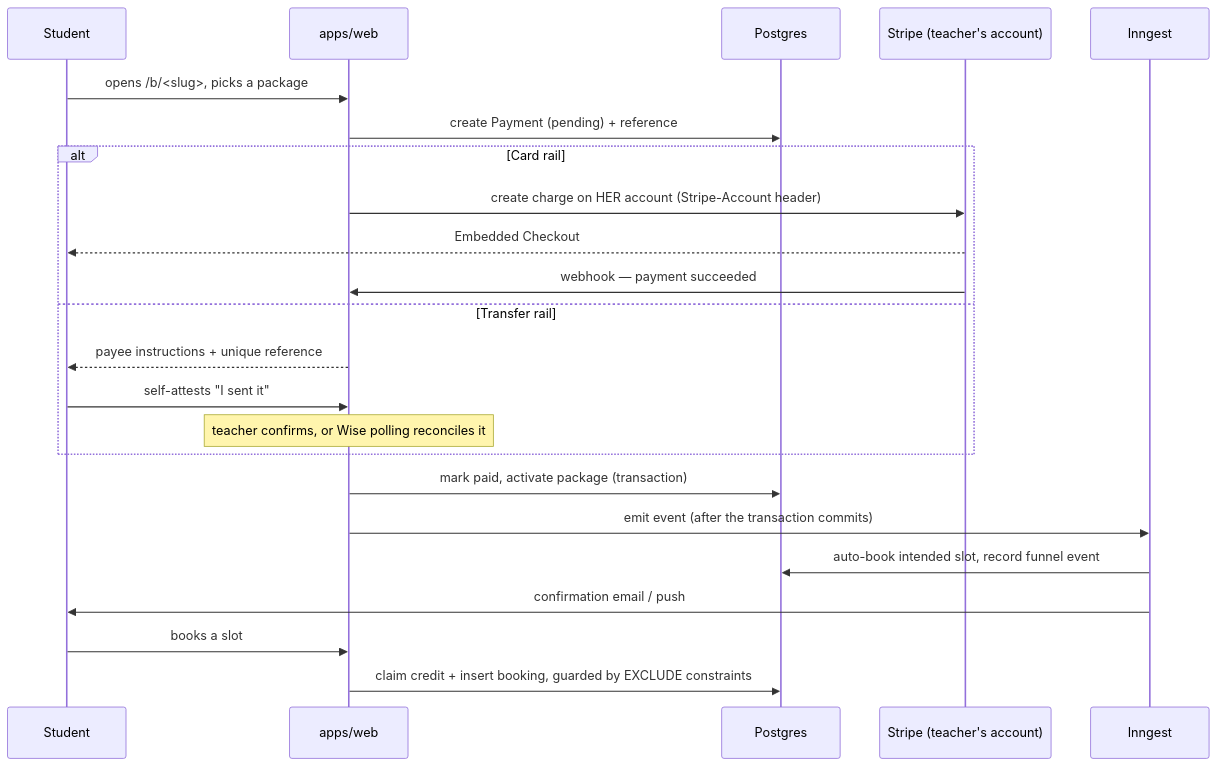
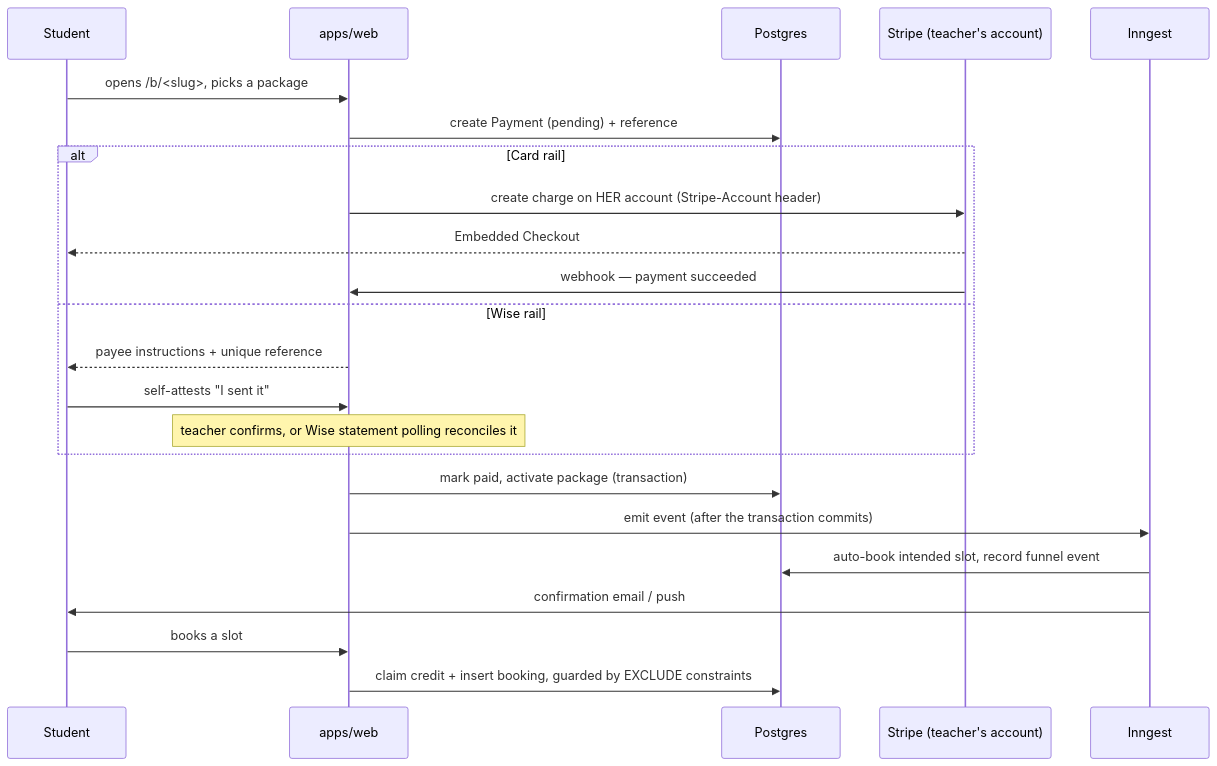
The first of 2 diagrams in docs/architecture/overview.md (jaystewartuk/spiralclass), drawn with Mermaid before and after one commit. The commit also changed other lines of this file and 5 other files, not shown here.

First line of the commit message:
The architecture docs described a video pipeline, route groups and a student model the code no longer had

````diff
--- a/docs/architecture/overview.md
+++ b/docs/architecture/overview.md
@@ -132,26 +92,26 @@
 ```mermaid
 sequenceDiagram
     participant S as Student
     participant W as apps/web
     participant DB as Postgres
     participant ST as Stripe (teacher's account)
     participant IN as Inngest
 
     S->>W: opens /b/<slug>, picks a package
     W->>DB: create Payment (pending) + reference
     alt Card rail
         W->>ST: create charge on HER account (Stripe-Account header)
         ST-->>S: Embedded Checkout
         ST->>W: webhook — payment succeeded
-    else Transfer rail
+    else Wise rail
         W-->>S: payee instructions + unique reference
         S->>W: self-attests "I sent it"
-        Note over W: teacher confirms, or Wise polling reconciles it
+        Note over W: teacher confirms, or Wise statement polling reconciles it
     end
     W->>DB: mark paid, activate package (transaction)
     W->>IN: emit event (after the transaction commits)
     IN->>DB: auto-book intended slot, record funnel event
     IN->>S: confirmation email / push
     S->>W: books a slot
     W->>DB: claim credit + insert booking, guarded by EXCLUDE constraints
 ```
````
